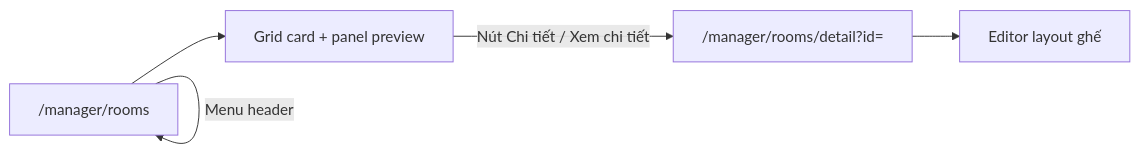
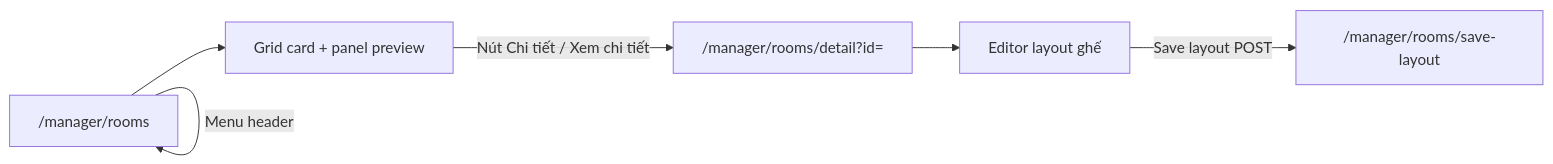
The second of 3 diagrams in MANAGER_MODULE_DETAIL.md (khiem1301/MovieTicketBookingSystem), drawn with Mermaid before and after one commit. The commit also changed other lines of this file and 8 other files, not shown here.

````diff
--- a/MANAGER_MODULE_DETAIL.md
+++ b/MANAGER_MODULE_DETAIL.md
@@ -376,7 +438,8 @@
 ```mermaid
 flowchart LR
     A["/manager/rooms"] --> B[Grid card + panel preview]
     B -->|Nút Chi tiết / Xem chi tiết| C["/manager/rooms/detail?id="]
     C --> D[Editor layout ghế]
+    D -->|Save layout POST| E["/manager/rooms/save-layout"]
     A -->|Menu header| A
 ```
````
